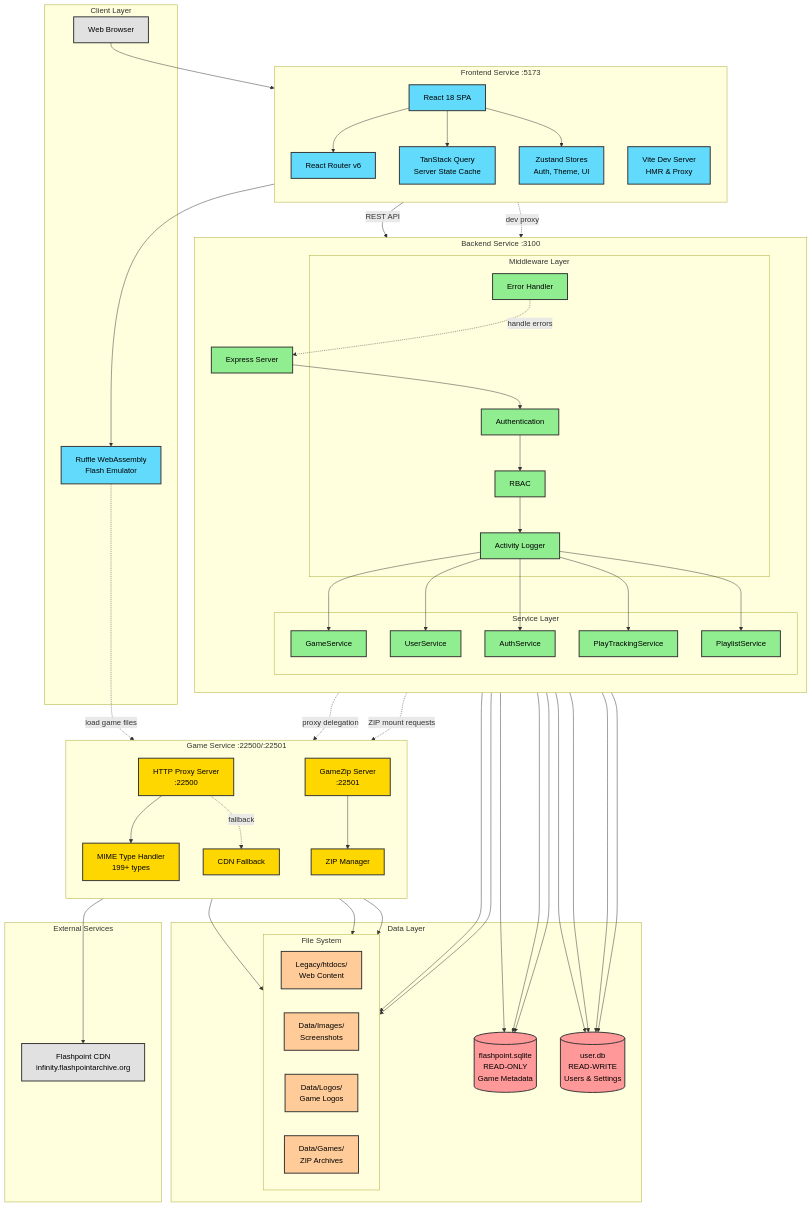
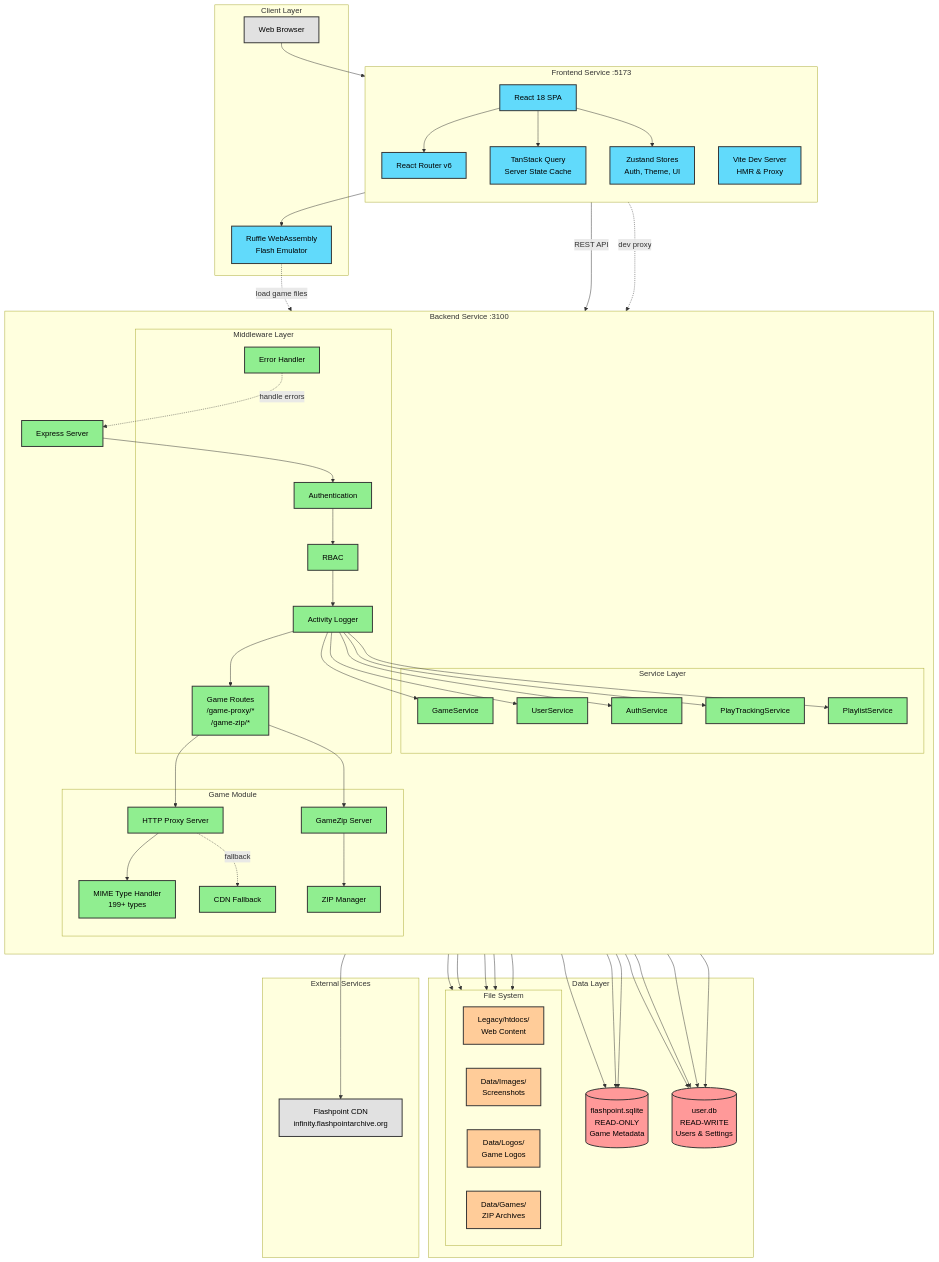
The diagram in docs/11-diagrams/system-architecture.mmd (darkraise/flashpoint-web), drawn with Mermaid before and after one commit. The commit also changed 252 other files, not shown here.

```diff
--- a/docs/11-diagrams/system-architecture.mmd
+++ b/docs/11-diagrams/system-architecture.mmd
@@ -1,134 +1,134 @@
 %% Flashpoint Web System Architecture
 %% Complete system architecture showing all three services, databases, and data flow
 
 graph TB
     subgraph "Client Layer"
         Browser[Web Browser]
         Ruffle[Ruffle WebAssembly<br/>Flash Emulator]
     end
 
     subgraph "Frontend Service :5173"
         direction TB
         React[React 18 SPA]
         Router[React Router v6]
         TanStack[TanStack Query<br/>Server State Cache]
         Zustand[Zustand Stores<br/>Auth, Theme, UI]
         Vite[Vite Dev Server<br/>HMR & Proxy]
     end
 
     subgraph "Backend Service :3100"
         direction TB
         Express[Express Server]
 
         subgraph "Middleware Layer"
             AuthMW[Authentication]
             RBACMW[RBAC]
             LoggingMW[Activity Logger]
             ErrorMW[Error Handler]
+            GameMW["Game Routes<br/>/game-proxy/*<br/>/game-zip/*"]
         end
 
         subgraph "Service Layer"
             GameSvc[GameService]
             UserSvc[UserService]
             AuthSvc[AuthService]
             PlaySvc[PlayTrackingService]
             PlaylistSvc[PlaylistService]
         end
-    end
 
-    subgraph "Game Service :22500/:22501"
-        direction TB
-        ProxyServer[HTTP Proxy Server<br/>:22500]
-        ZipServer[GameZip Server<br/>:22501]
-        ZipManager[ZIP Manager]
-        MimeHandler[MIME Type Handler<br/>199+ types]
-        CDNFallback[CDN Fallback]
+        subgraph "Game Module"
+            ProxyServer[HTTP Proxy Server]
+            ZipServer[GameZip Server]
+            ZipManager[ZIP Manager]
+            MimeHandler[MIME Type Handler<br/>199+ types]
+            CDNFallback[CDN Fallback]
+        end
     end
 
     subgraph "Data Layer"
         FlashpointDB[(flashpoint.sqlite<br/>READ-ONLY<br/>Game Metadata)]
         UserDB[(user.db<br/>READ-WRITE<br/>Users & Settings)]
 
         subgraph "File System"
             direction LR
             HTDocs[Legacy/htdocs/<br/>Web Content]
             Images[Data/Images/<br/>Screenshots]
             Logos[Data/Logos/<br/>Game Logos]
             Games[Data/Games/<br/>ZIP Archives]
         end
     end
 
     subgraph "External Services"
         CDN[Flashpoint CDN<br/>infinity.flashpointarchive.org]
     end
 
     %% Client connections
     Browser --> React
     React --> Router
     React --> TanStack
     React --> Zustand
     React --> Ruffle
 
     %% Frontend to Backend API calls
     TanStack -->|REST API| Express
 
     %% Vite dev proxy
     Vite -.dev proxy.-> Express
 
     %% Backend middleware flow
     Express --> AuthMW
     AuthMW --> RBACMW
     RBACMW --> LoggingMW
+    LoggingMW --> GameMW
     LoggingMW --> GameSvc
     LoggingMW --> UserSvc
     LoggingMW --> AuthSvc
     LoggingMW --> PlaySvc
     LoggingMW --> PlaylistSvc
 
     %% Service to database connections
     GameSvc --> FlashpointDB
     UserSvc --> UserDB
     AuthSvc --> UserDB
     PlaySvc --> UserDB
     PlaySvc --> FlashpointDB
     PlaylistSvc --> UserDB
     PlaylistSvc --> FlashpointDB
 
-    %% Backend to game service delegation
-    Express -.proxy delegation.-> ProxyServer
-    Express -.ZIP mount requests.-> ZipServer
+    %% Game module routes (no inter-process calls, internal)
+    GameMW --> ProxyServer
+    GameMW --> ZipServer
 
-    %% Game service components
+    %% Game module components
     ProxyServer --> MimeHandler
     ProxyServer --> HTDocs
     ProxyServer --> Games
     ProxyServer -.fallback.-> CDNFallback
     CDNFallback --> CDN
 
     ZipServer --> ZipManager
     ZipManager --> Games
 
     %% Backend to file system
     Express --> Images
     Express --> Logos
 
-    %% Ruffle to game service
+    %% Ruffle to backend game module
     Ruffle -.load game files.-> ProxyServer
 
     %% Error handling
     ErrorMW -.handle errors.-> Express
 
     %% Styling
     classDef frontend fill:#61dafb,stroke:#333,stroke-width:2px,color:#000
     classDef backend fill:#90ee90,stroke:#333,stroke-width:2px,color:#000
     classDef gameservice fill:#ffd700,stroke:#333,stroke-width:2px,color:#000
     classDef database fill:#ff9999,stroke:#333,stroke-width:2px,color:#000
     classDef filesystem fill:#ffcc99,stroke:#333,stroke-width:2px,color:#000
     classDef external fill:#e1e1e1,stroke:#333,stroke-width:2px,color:#000
 
     class React,Router,TanStack,Zustand,Vite,Ruffle frontend
-    class Express,AuthMW,RBACMW,LoggingMW,ErrorMW,GameSvc,UserSvc,AuthSvc,PlaySvc,PlaylistSvc backend
-    class ProxyServer,ZipServer,ZipManager,MimeHandler,CDNFallback gameservice
+    class Express,AuthMW,RBACMW,LoggingMW,ErrorMW,GameMW,GameSvc,UserSvc,AuthSvc,PlaySvc,PlaylistSvc,ProxyServer,ZipServer,ZipManager,MimeHandler,CDNFallback backend
     class FlashpointDB,UserDB database
     class HTDocs,Images,Logos,Games filesystem
     class Browser,CDN external
```
